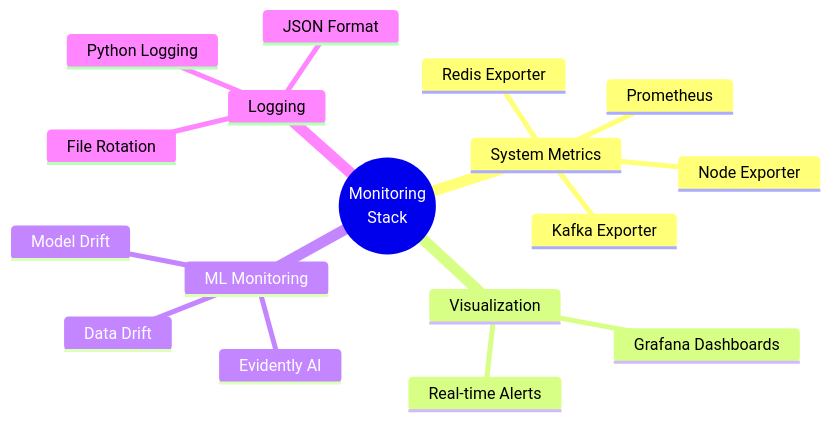
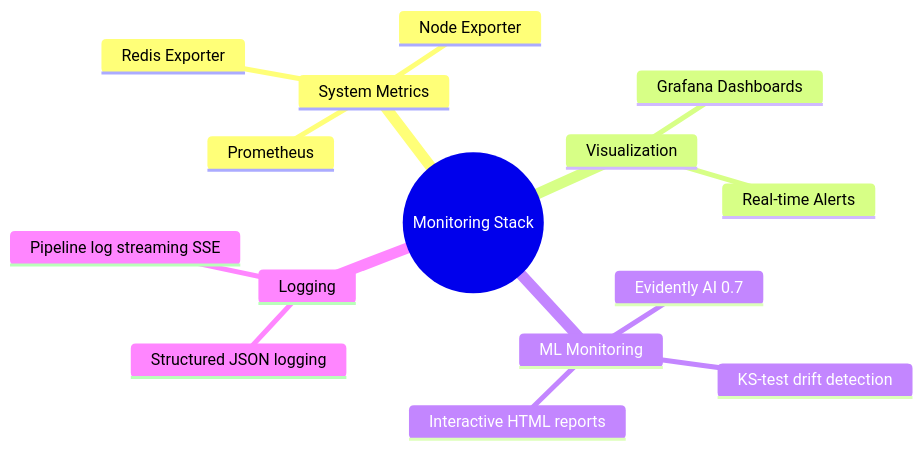
The diagram in docs/07_monitoring.md (nasim-raj-laskar/Real-Time-Aircraft-Engine-Predictive-Maintenance-System), drawn with Mermaid before and after one commit. The commit also changed other lines of this file and 5 other files, not shown here.

````diff
--- a/docs/07_monitoring.md
+++ b/docs/07_monitoring.md
@@ -12,20 +12,18 @@
 ```mermaid
 mindmap
-  root((Monitoring<br/>Stack))
+  root((Monitoring Stack))
     System Metrics
       Prometheus
       Node Exporter
-      Kafka Exporter
       Redis Exporter
     Visualization
       Grafana Dashboards
       Real-time Alerts
     ML Monitoring
-      Evidently AI
-      Data Drift
-      Model Drift
+      Evidently AI 0.7
+      KS-test drift detection
+      Interactive HTML reports
     Logging
-      Python Logging
-      JSON Format
-      File Rotation
+      Structured JSON logging
+      Pipeline log streaming SSE
 ```
````
